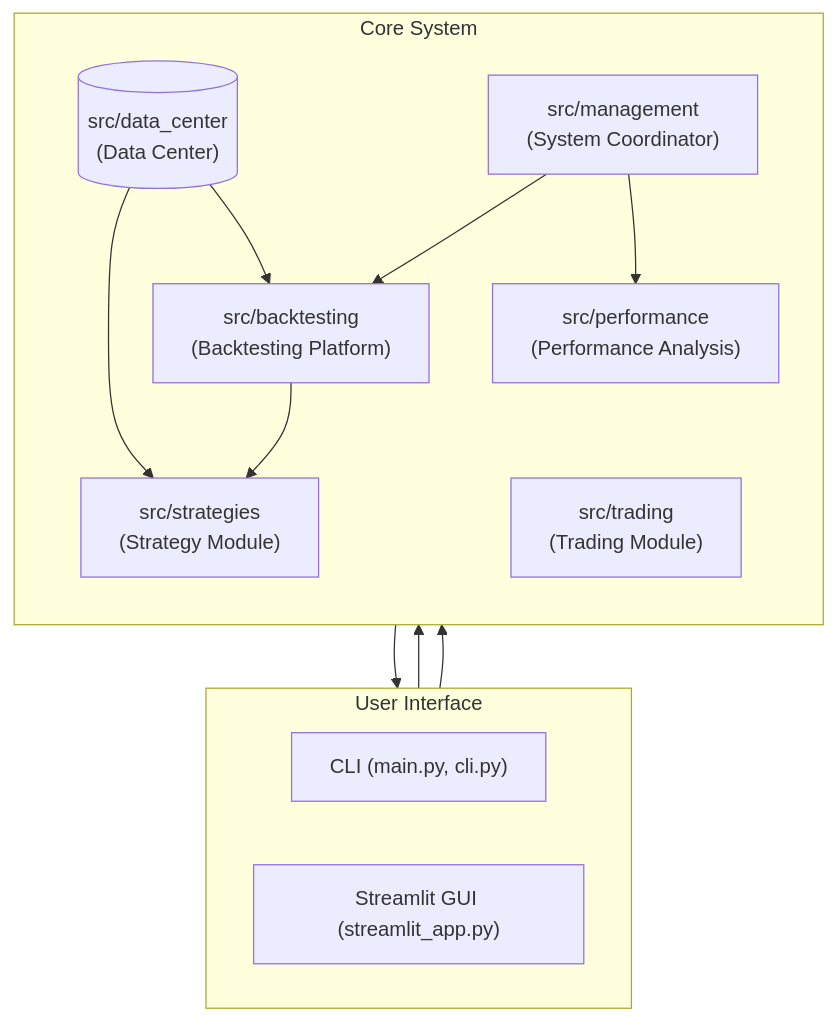
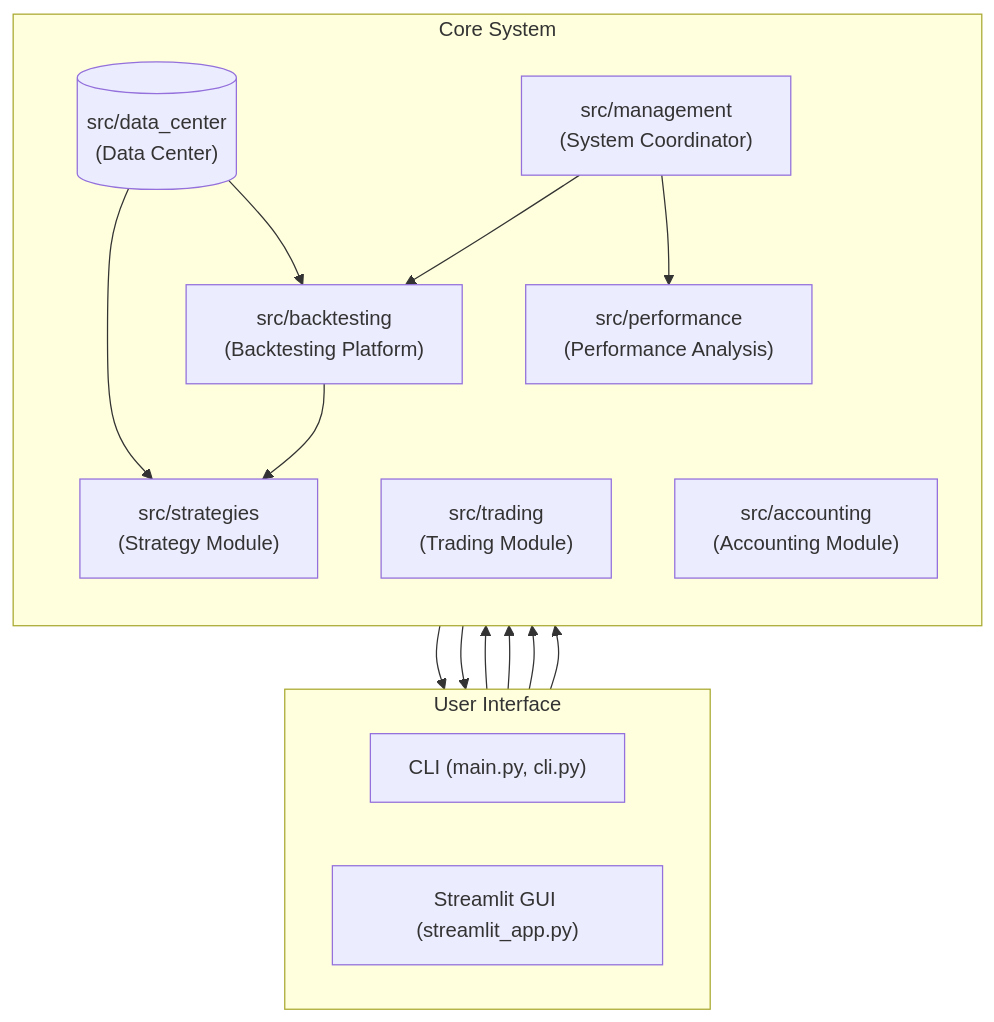
The diagram in docs/04-development/personal-finance-system-architecture.md (XinheLIU/Personal-Finance-Agent), drawn with Mermaid before and after one commit. The commit also changed other lines of this file and 15 other files, not shown here.

````diff
--- a/docs/04-development/personal-finance-system-architecture.md
+++ b/docs/04-development/personal-finance-system-architecture.md
@@ -5,27 +5,31 @@
 ```mermaid
 flowchart TB
     subgraph User Interface
         direction LR
         CLI["CLI (main.py, cli.py)"]
         GUI["Streamlit GUI (streamlit_app.py)"]
     end
 
     subgraph Core System
         direction TB
         F[("src/data_center<br/>(Data Center)")]
         D["src/strategies<br/>(Strategy Module)"]
         E["src/backtesting<br/>(Backtesting Platform)"]
         A["src/performance<br/>(Performance Analysis)"]
         C["src/trading<br/>(Trading Module)"]
         B["src/management<br/>(System Coordinator)"]
+        G["src/accounting<br/>(Accounting Module)"]
     end
 
     CLI --> B
     GUI --> B
+    CLI --> G
+    GUI --> G
     B --> E
     B --> A
     E --> D
     F --> D
     F --> E
     A --> GUI
+    G --> GUI
 ```
````
